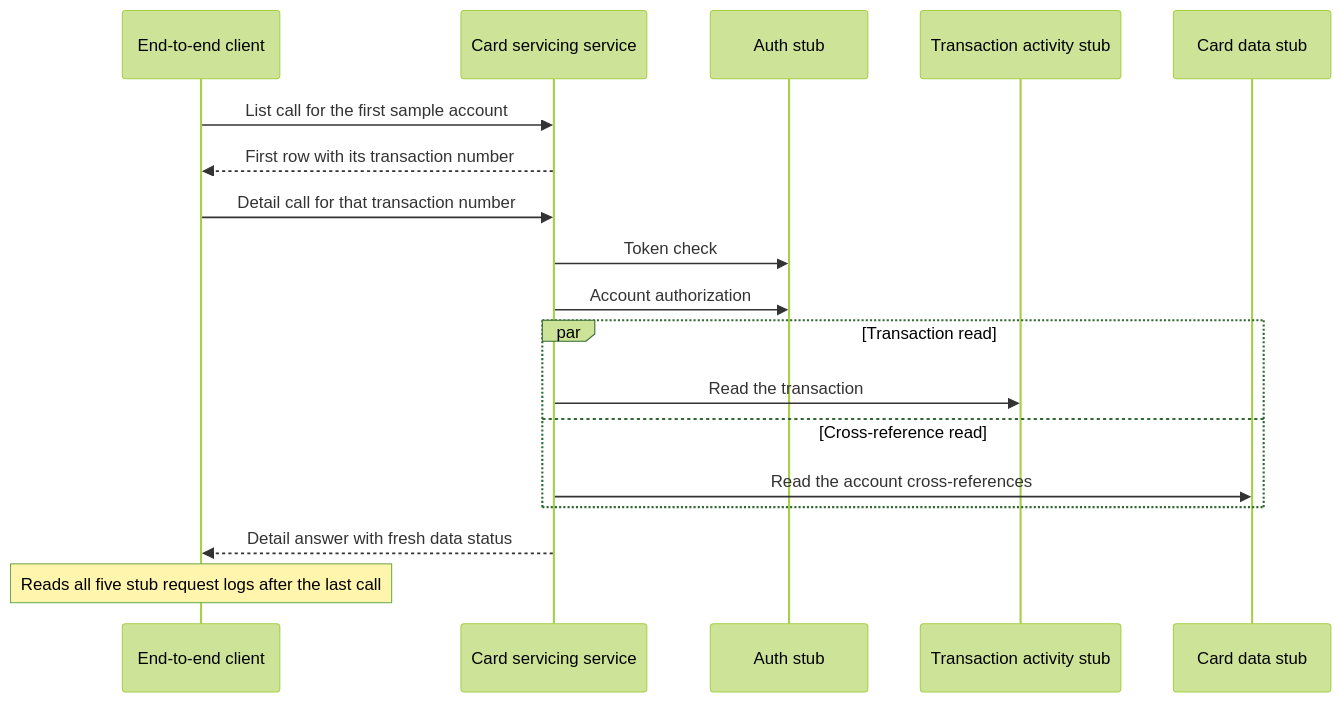
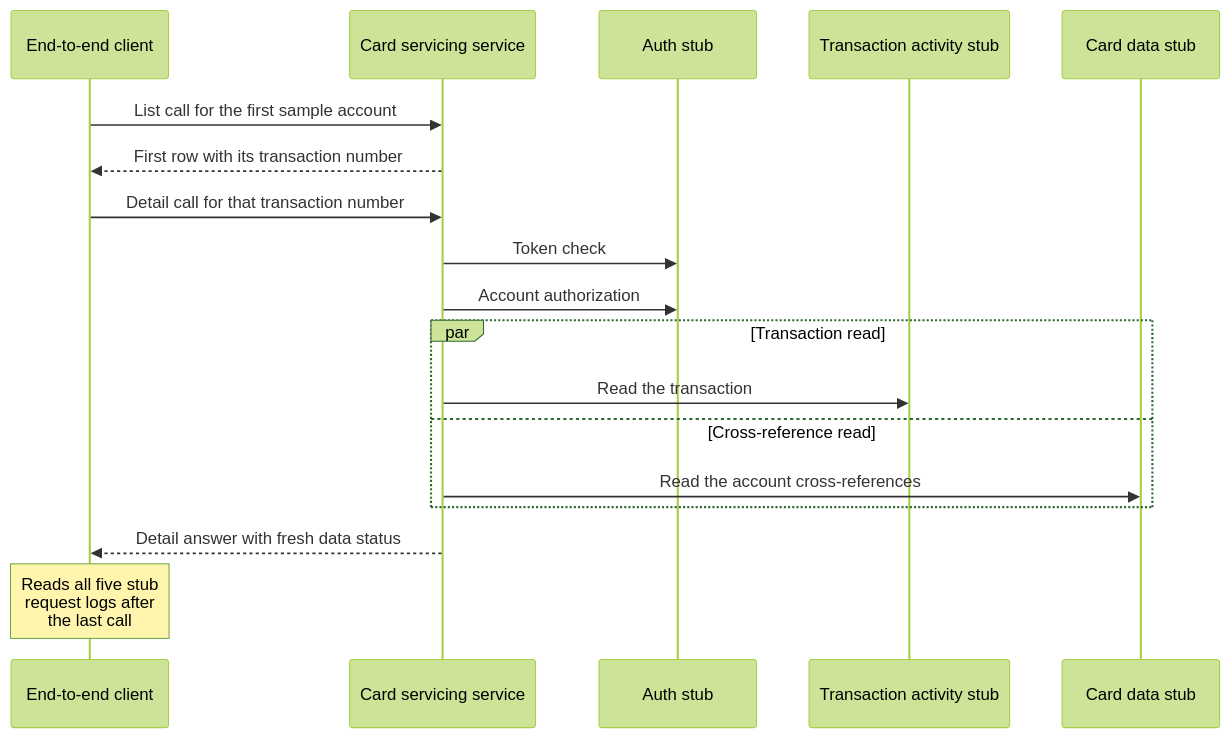
The diagram in docs/backlog/epics/CS-04-transaction-detail-drill-down/stories/CS-04-001-transaction-detail-end-to-end-step.md (blitzy-public-samples/aws-carddemo-blitzy), drawn with Mermaid (forest theme) before and after one commit. The commit also changed other lines of this file and 13 other files, not shown here.

````diff
--- a/docs/backlog/epics/CS-04-transaction-detail-drill-down/stories/CS-04-001-transaction-detail-end-to-end-step.md
+++ b/docs/backlog/epics/CS-04-transaction-detail-drill-down/stories/CS-04-001-transaction-detail-end-to-end-step.md
@@ -107,20 +108,20 @@
 ```mermaid
 sequenceDiagram
     participant Client as End-to-end client
     participant Service as Card servicing service
     participant Auth as Auth stub
     participant Activity as Transaction activity stub
     participant Card as Card data stub
     Client->>Service: List call for the first sample account
     Service-->>Client: First row with its transaction number
     Client->>Service: Detail call for that transaction number
     Service->>Auth: Token check
     Service->>Auth: Account authorization
     par Transaction read
         Service->>Activity: Read the transaction
     and Cross-reference read
         Service->>Card: Read the account cross-references
     end
     Service-->>Client: Detail answer with fresh data status
-    Note over Client: Reads all five stub request logs after the last call
+    Note over Client: Reads all five stub<br/>request logs after<br/>the last call
 ```
````
